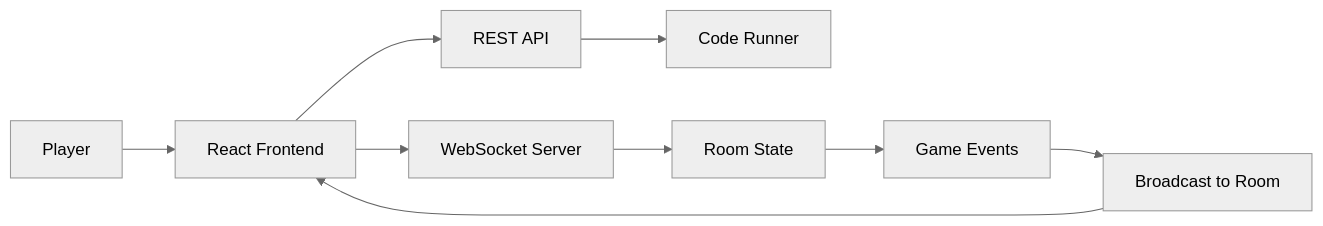
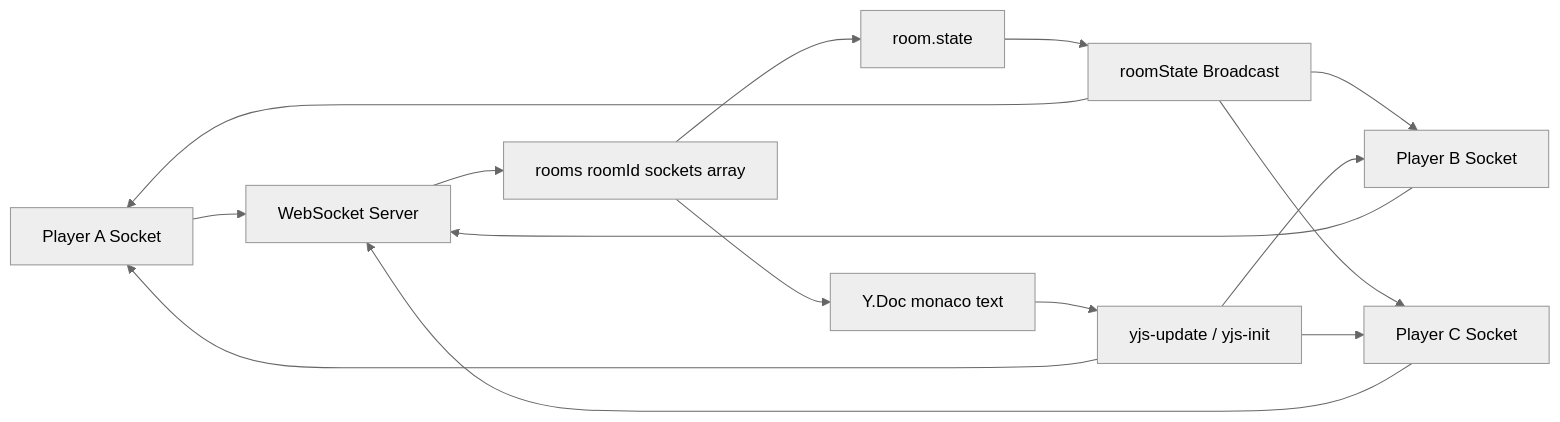
Before and after one commit to Frotam/BeGamer: the third of 4 diagrams in README.md, drawn with Mermaid (neutral theme). The commit also changed other lines of this file and 10 other files, not shown here.

````diff
--- a/README.md
+++ b/README.md
@@ -42,11 +147,20 @@
 ```mermaid
 flowchart LR
-    U[Player] --> UI[React Frontend]
-    UI --> API[REST API]
-    UI --> WS[WebSocket Server]
-    API --> EXEC[Code Runner]
-    WS --> ROOM[Room State]
-    ROOM --> EVT[Game Events]
-    EVT --> BROADCAST[Broadcast to Room]
-    BROADCAST --> UI
+    A[Player A Socket] --> WS[WebSocket Server]
+    B[Player B Socket] --> WS
+    C[Player C Socket] --> WS
+
+    WS --> Room[rooms roomId sockets array]
+    Room --> State[room.state]
+    Room --> Doc[Y.Doc monaco text]
+
+    State --> Broadcast[roomState Broadcast]
+    Doc --> YBroadcast[yjs-update / yjs-init]
+
+    Broadcast --> A
+    Broadcast --> B
+    Broadcast --> C
+    YBroadcast --> A
+    YBroadcast --> B
+    YBroadcast --> C
 ```
````
